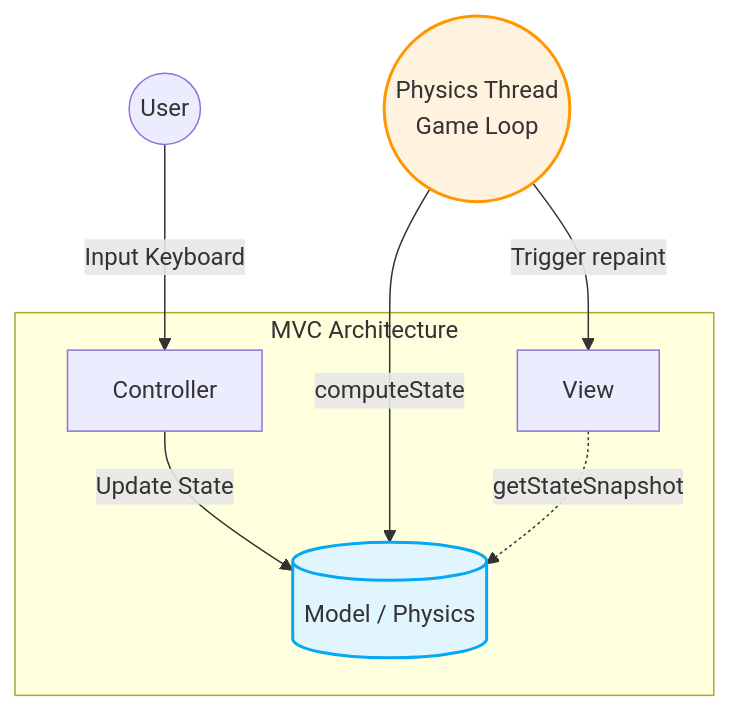
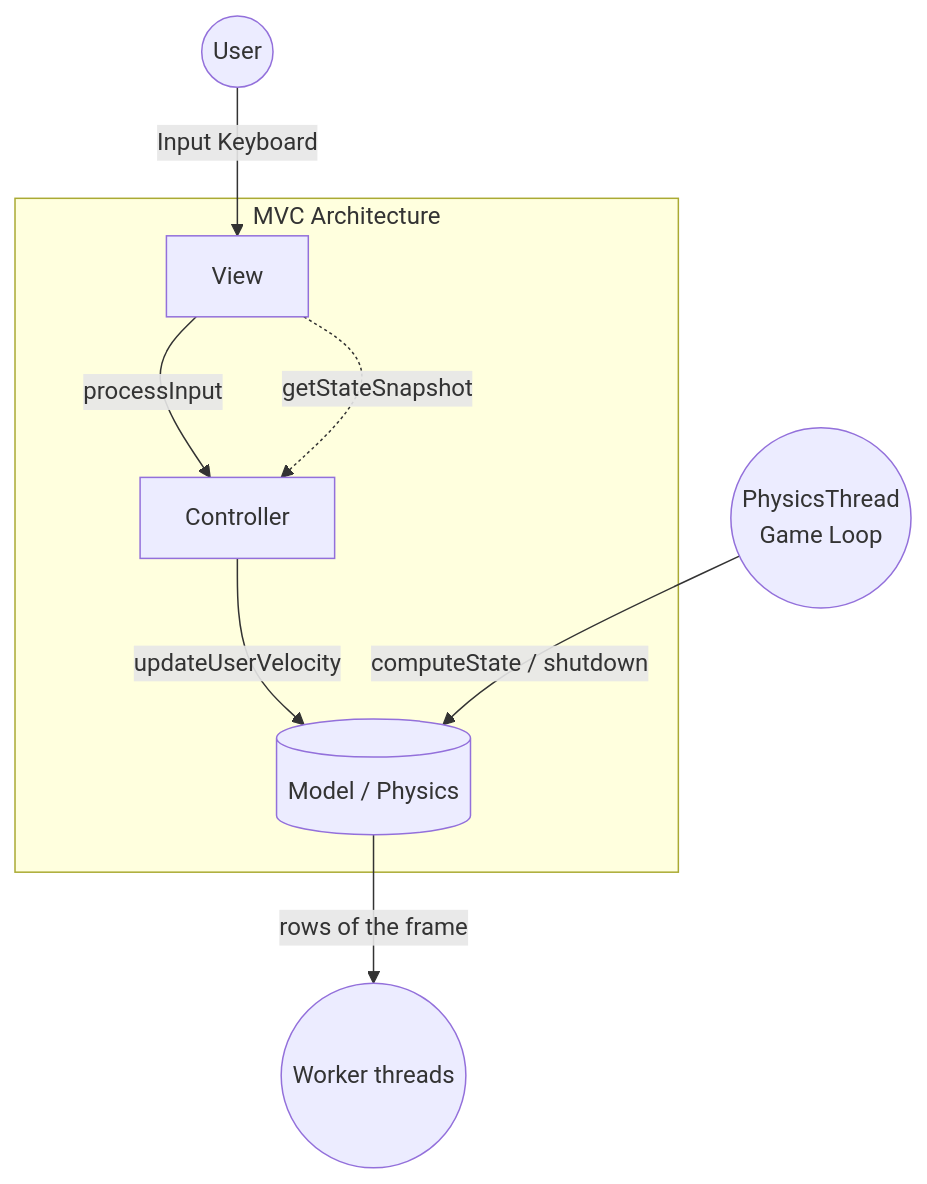
Before and after one commit to eduardalexandrut/concurrent-pool: the first of 8 diagrams in docs/design.md, drawn with Mermaid. The commit also changed other lines of this file and 4 other files, not shown here.

````diff
--- a/docs/design.md
+++ b/docs/design.md
@@ -8,21 +13,20 @@
 ```mermaid
 flowchart TD
     User((User))
-    
+
     subgraph MVC Architecture
         C[Controller]
         M[(Model / Physics)]
         V[View]
     end
-    
-    PT((Physics Thread<br/>Game Loop))
 
-    User -->|Input Keyboard| C
-    C -->|Update State| M
-    PT -->|computeState| M
-    PT -->|Trigger repaint| V
-    V -.->|getStateSnapshot| M
-    
-    style M fill:#e1f5fe,stroke:#03a9f4,stroke-width:2px
-    style PT fill:#fff3e0,stroke:#ff9800,stroke-width:2px
+    PT((PhysicsThread<br/>Game Loop))
+    W((Worker threads))
+
+    User -->|Input Keyboard| V
+    V -->|processInput| C
+    C -->|updateUserVelocity| M
+    PT -->|computeState / shutdown| M
+    M -->|rows of the frame| W
+    V -.->|getStateSnapshot| C
 ```
````
